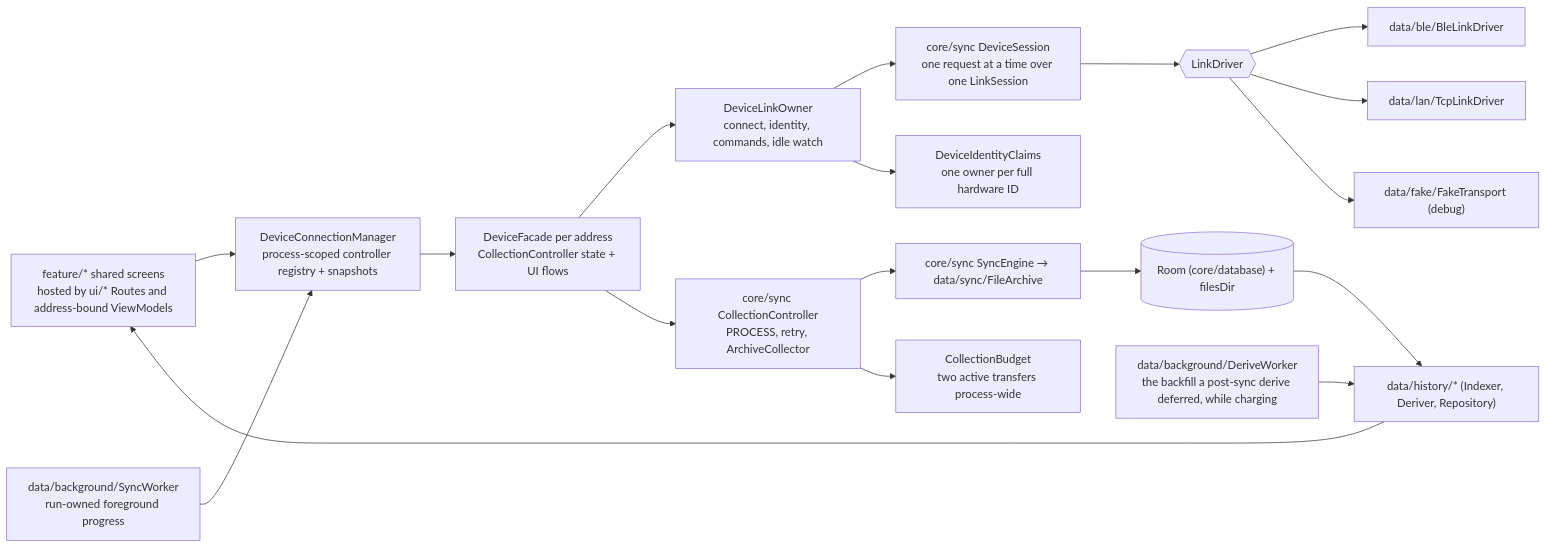
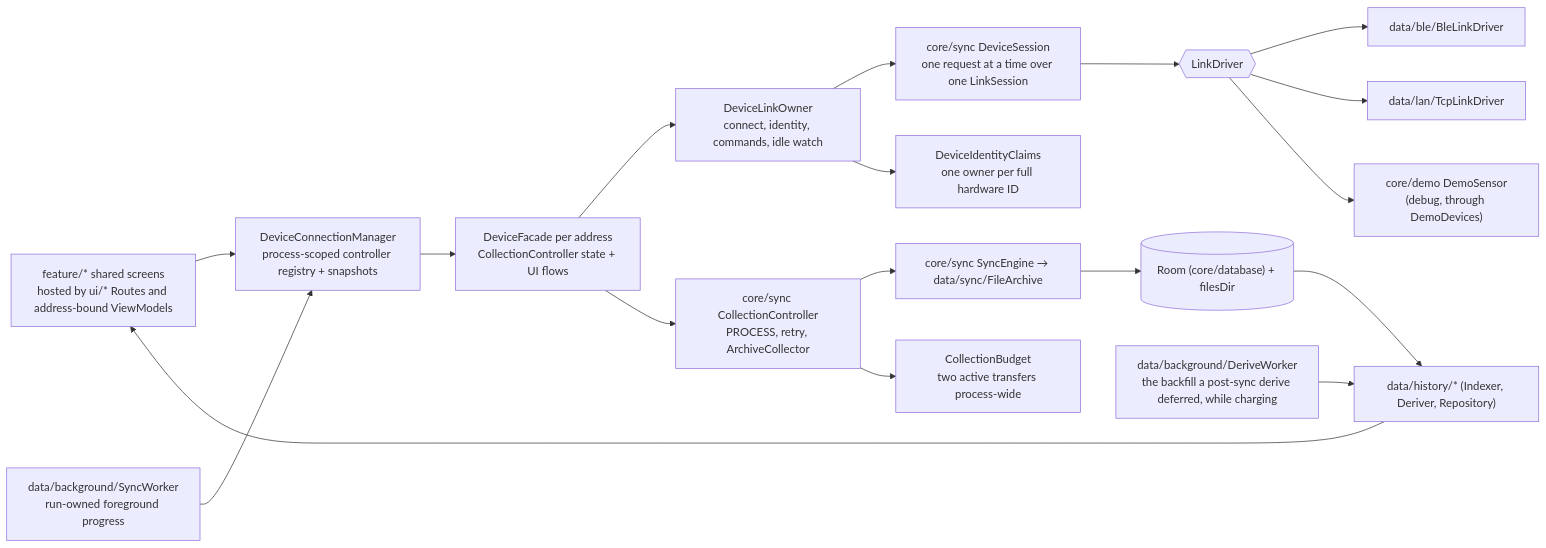
The second of 2 diagrams in docs/architecture.md (walkthru-earth/opensensor-space-mobile), drawn with Mermaid before and after one commit. The commit also changed other lines of this file and 51 other files, not shown here.

Commit message:
WIP: Share one demo sensor between both apps in debug builds only (#310)

````diff
--- a/docs/architecture.md
+++ b/docs/architecture.md
@@ -157,20 +157,20 @@
 ```mermaid
 flowchart LR
   UI["feature/* shared screens<br/>hosted by ui/* Routes and address-bound ViewModels"] --> MANAGER["DeviceConnectionManager<br/>process-scoped controller registry + snapshots"]
   MANAGER --> REPO["DeviceFacade per address<br/>CollectionController state + UI flows"]
   REPO --> OWNER["DeviceLinkOwner<br/>connect, identity, commands, idle watch"]
   OWNER --> SESS["core/sync DeviceSession<br/>one request at a time over one LinkSession"]
   SESS --> TR{{"LinkDriver"}}
   TR --> BLE["data/ble/BleLinkDriver"]
   TR --> LAN["data/lan/TcpLinkDriver"]
-  TR --> FAKE["data/fake/FakeTransport (debug)"]
+  TR --> DEMO["core/demo DemoSensor<br/>(debug, through DemoDevices)"]
   REPO --> COLLECT["core/sync CollectionController<br/>PROCESS, retry, ArchiveCollector"]
   COLLECT --> SYNC["core/sync SyncEngine → data/sync/FileArchive"]
   SYNC --> ROOM[("Room (core/database) + filesDir")]
   ROOM --> HIST["data/history/* (Indexer, Deriver, Repository)"]
   HIST --> UI
   WORK["data/background/SyncWorker<br/>run-owned foreground progress"] --> MANAGER
   DERIVE["data/background/DeriveWorker<br/>the backfill a post-sync derive deferred, while charging"] --> HIST
   OWNER --> CLAIM["DeviceIdentityClaims<br/>one owner per full hardware ID"]
   COLLECT --> BUDGET["CollectionBudget<br/>two active transfers process-wide"]
 ```
````
